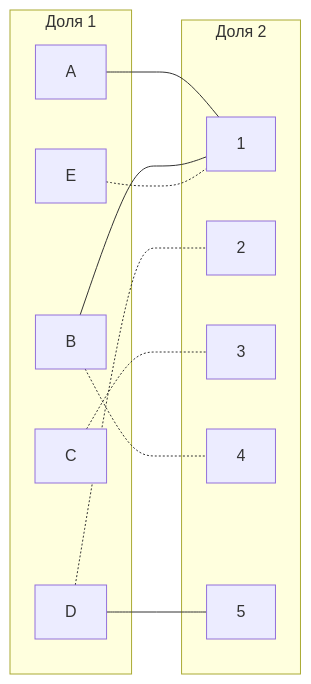
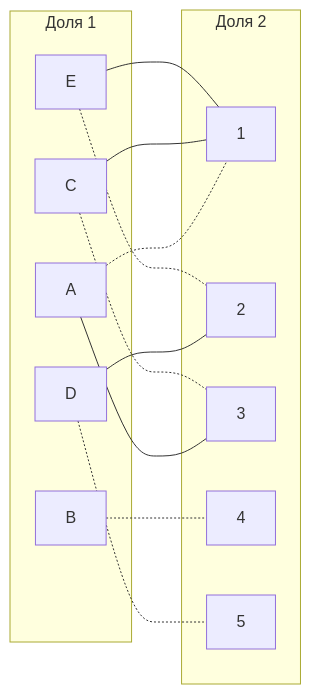
Before and after one commit to HSE-algo-23-owl/manual_tasks: the eighth of 8 diagrams in task_13/BB_task_13.md, drawn with Mermaid. The commit also changed other lines of this file, not shown here.

````diff
--- a/task_13/BB_task_13.md
+++ b/task_13/BB_task_13.md
@@ -115,24 +192,26 @@
 ```mermaid
 graph LR
     subgraph "Доля 1"
         A[A]
         B[B]
         C[C]
         D[D]
         E[E]
     end
     subgraph "Доля 2"
         1[1]
         2[2]
         3[3]
         4[4]
         5[5]
     end
-    A --- 1
-    B --- 1
-    E -.- 1
+    A -.- 1
+    A --- 3
     B -.- 4
+    C --- 1
     C -.- 3
-    D -.- 2
-    D --- 5
+    D --- 2
+    D -.- 5
+    E --- 1
+    E -.- 2
 ```
````
